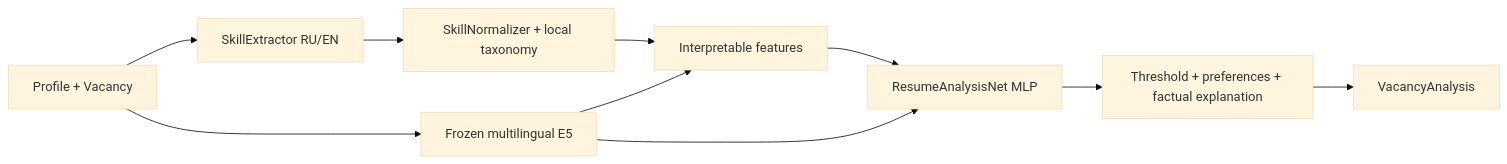
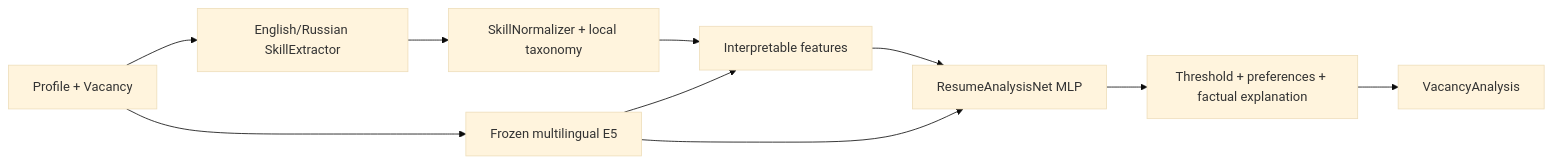
Before and after one commit to nyaxiom/resumeanalysis: the diagram in README.md, drawn with Mermaid (base theme). The commit also changed other lines of this file and 73 other files, not shown here.

````diff
--- a/README.md
+++ b/README.md
@@ -80,12 +80,12 @@
 ```mermaid
 flowchart LR
-    A[Profile + Vacancy] --> B[SkillExtractor RU/EN]
+    A[Profile + Vacancy] --> B[English/Russian SkillExtractor]
     B --> C[SkillNormalizer + local taxonomy]
     A --> D[Frozen multilingual E5]
     C --> E[Interpretable features]
     D --> E
     D --> F[ResumeAnalysisNet MLP]
     E --> F
     F --> G[Threshold + preferences + factual explanation]
     G --> H[VacancyAnalysis]
 ```
````
